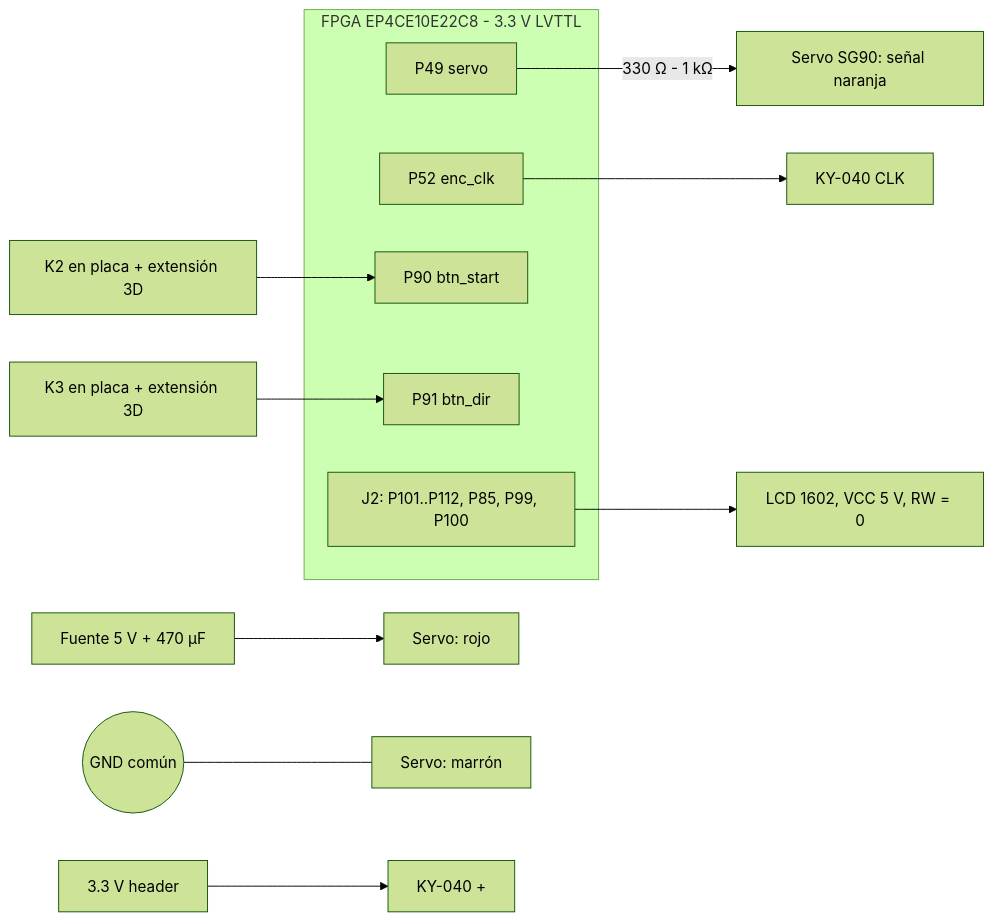
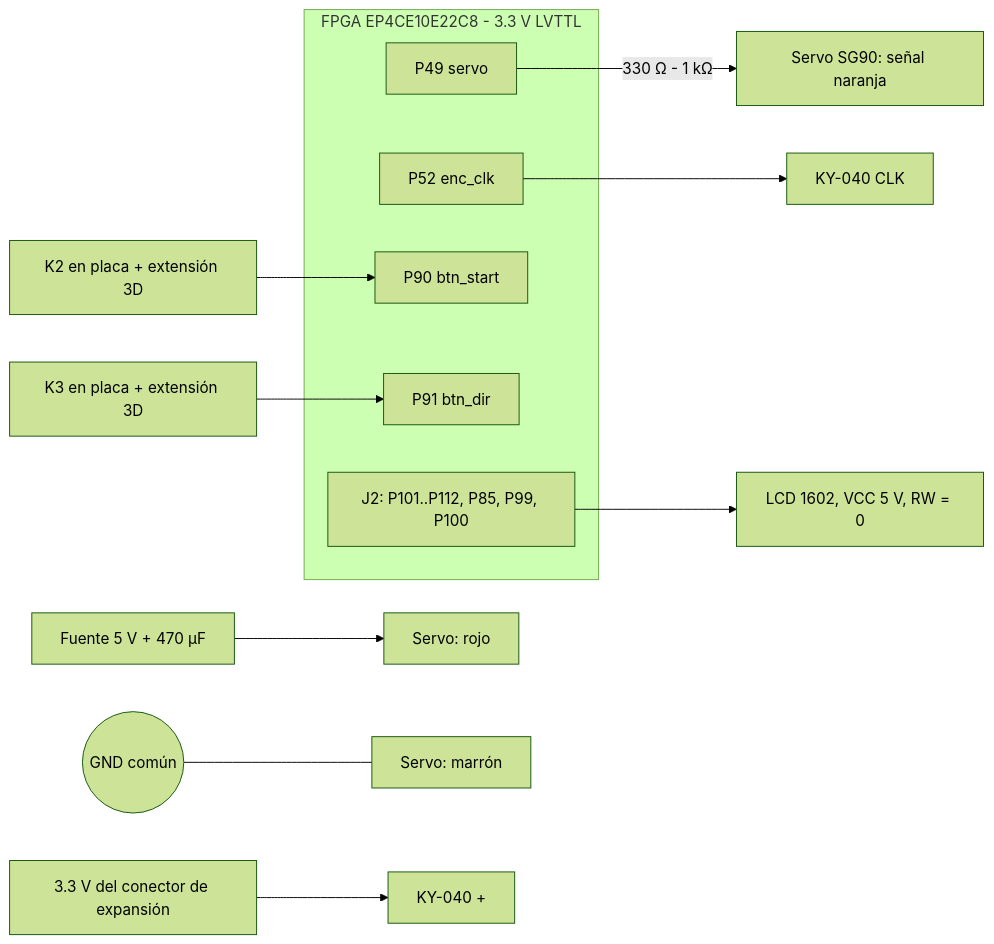
One commit to ElecDig1/ED1_ProyectoFinal changed the ninth of 9 diagrams in README.md. Above: the diagram before and after it, drawn with Mermaid (forest theme). The commit also changed other lines of this file, not shown here.

````diff
--- a/README.md
+++ b/README.md
@@ -349,18 +348,18 @@
 ```mermaid
 flowchart LR
     subgraph FPGA[FPGA EP4CE10E22C8 - 3.3 V LVTTL]
         P49[P49 servo]
         P52[P52 enc_clk]
         P90[P90 btn_start]
         P91[P91 btn_dir]
         J2[J2: P101..P112, P85, P99, P100]
     end
     P49 -- "330 Ω - 1 kΩ" --> SIG[Servo SG90: señal naranja]
     PS5[Fuente 5 V + 470 µF] --> VS[Servo: rojo]
     GND((GND común)) --- SGND[Servo: marrón]
     P52 --> CLK[KY-040 CLK]
-    V33[3.3 V header] --> KP[KY-040 +]
+    V33[3.3 V del conector de expansión] --> KP[KY-040 +]
     K2[K2 en placa + extensión 3D] --> P90
     K3[K3 en placa + extensión 3D] --> P91
     J2 --> LCD[LCD 1602, VCC 5 V, RW = 0]
 ```
````
